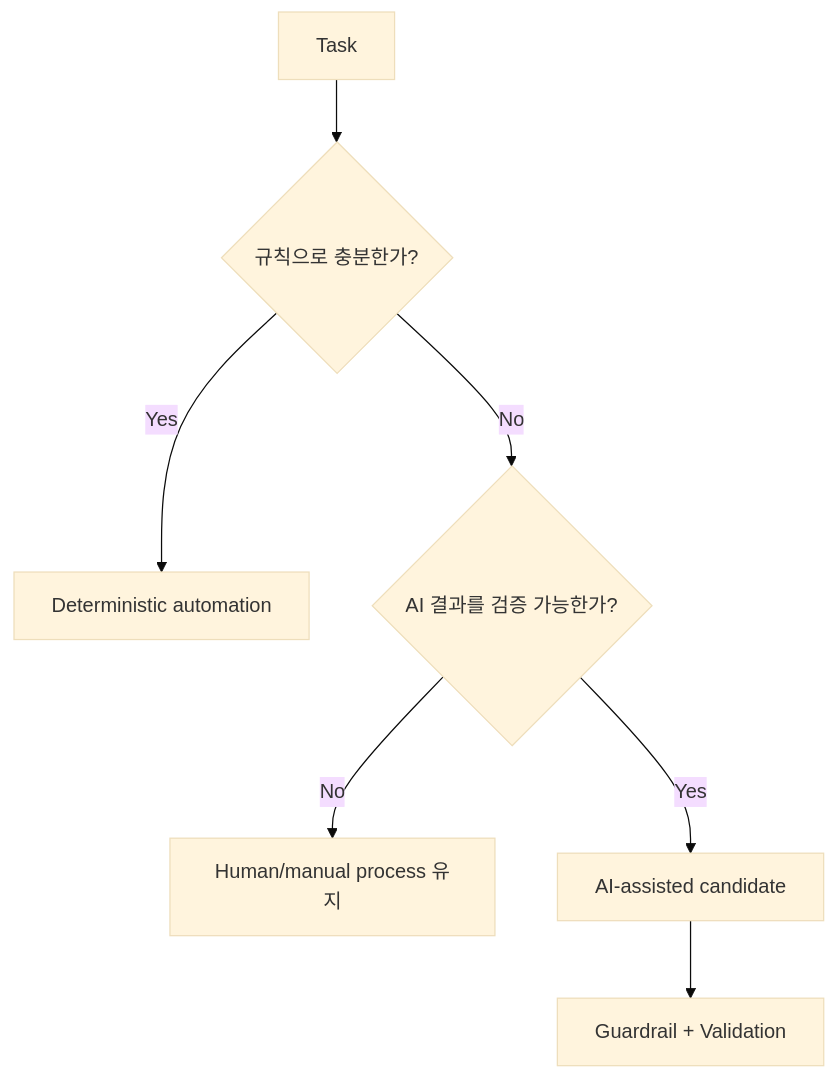
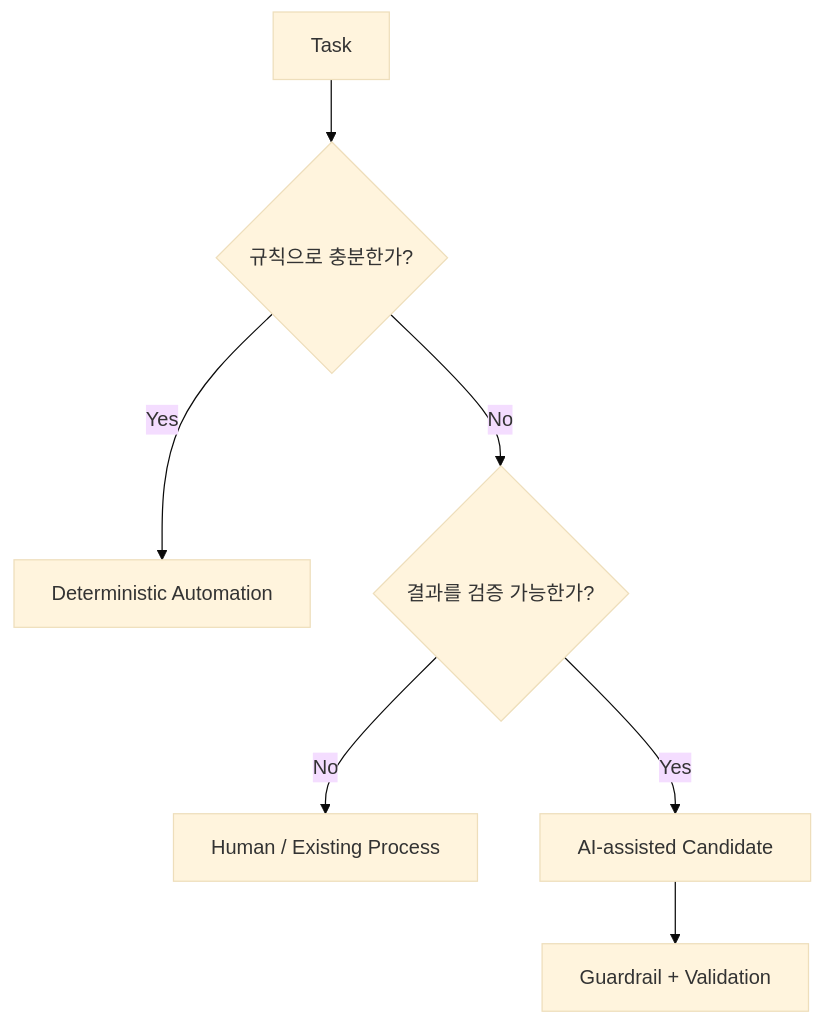
The second of 5 diagrams in docs/portfolio-ax/cases/04-ai-assisted-verification.md (tomtomjskim/jsnetworkcorp-portfolio), drawn with Mermaid (base theme) before and after one commit. The commit also changed other lines of this file, not shown here.

Commit message:
docs: make practical local LLM automation lead Case 04

````diff
--- a/docs/portfolio-ax/cases/04-ai-assisted-verification.md
+++ b/docs/portfolio-ax/cases/04-ai-assisted-verification.md
@@ -72,9 +120,9 @@
 ```mermaid
 flowchart TD
     P[Task] --> R{규칙으로 충분한가?}
-    R -->|Yes| D[Deterministic automation]
-    R -->|No| V{AI 결과를 검증 가능한가?}
-    V -->|No| H[Human/manual process 유지]
-    V -->|Yes| A[AI-assisted candidate]
+    R -->|Yes| D[Deterministic Automation]
+    R -->|No| V{결과를 검증 가능한가?}
+    V -->|No| H[Human / Existing Process]
+    V -->|Yes| A[AI-assisted Candidate]
     A --> G[Guardrail + Validation]
 ```
````
